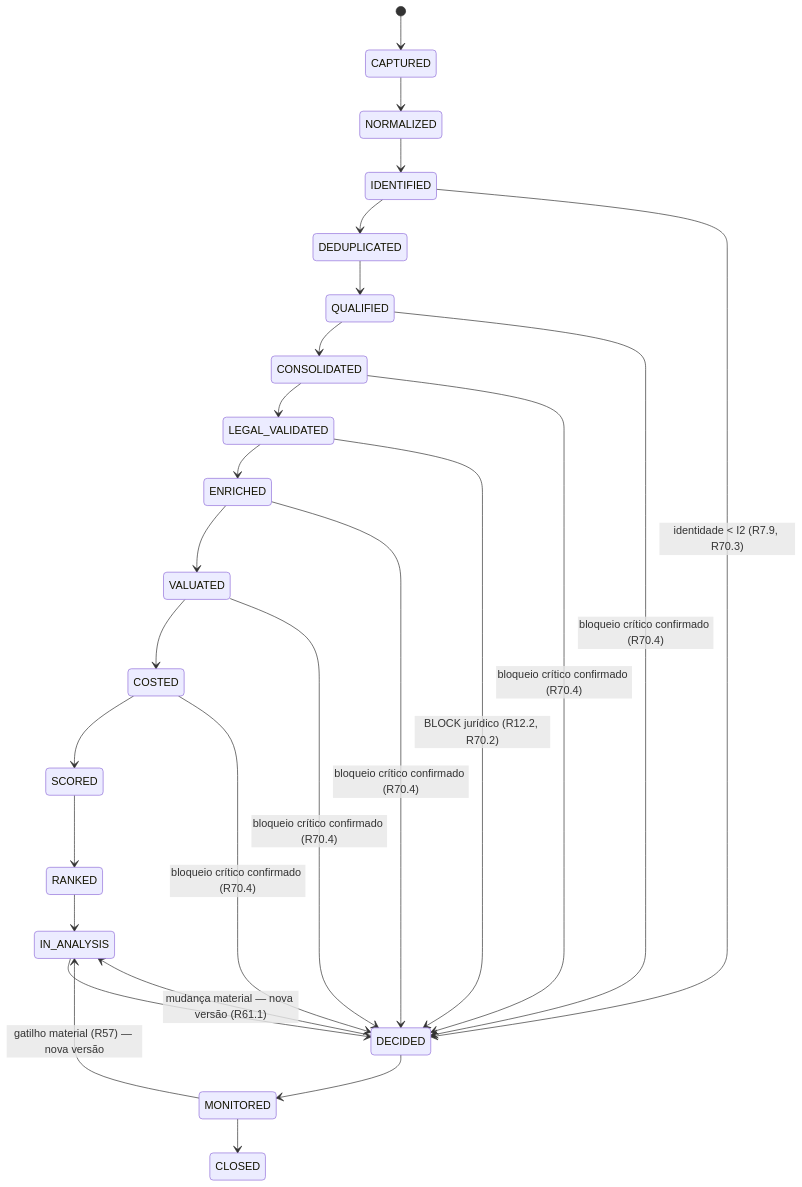
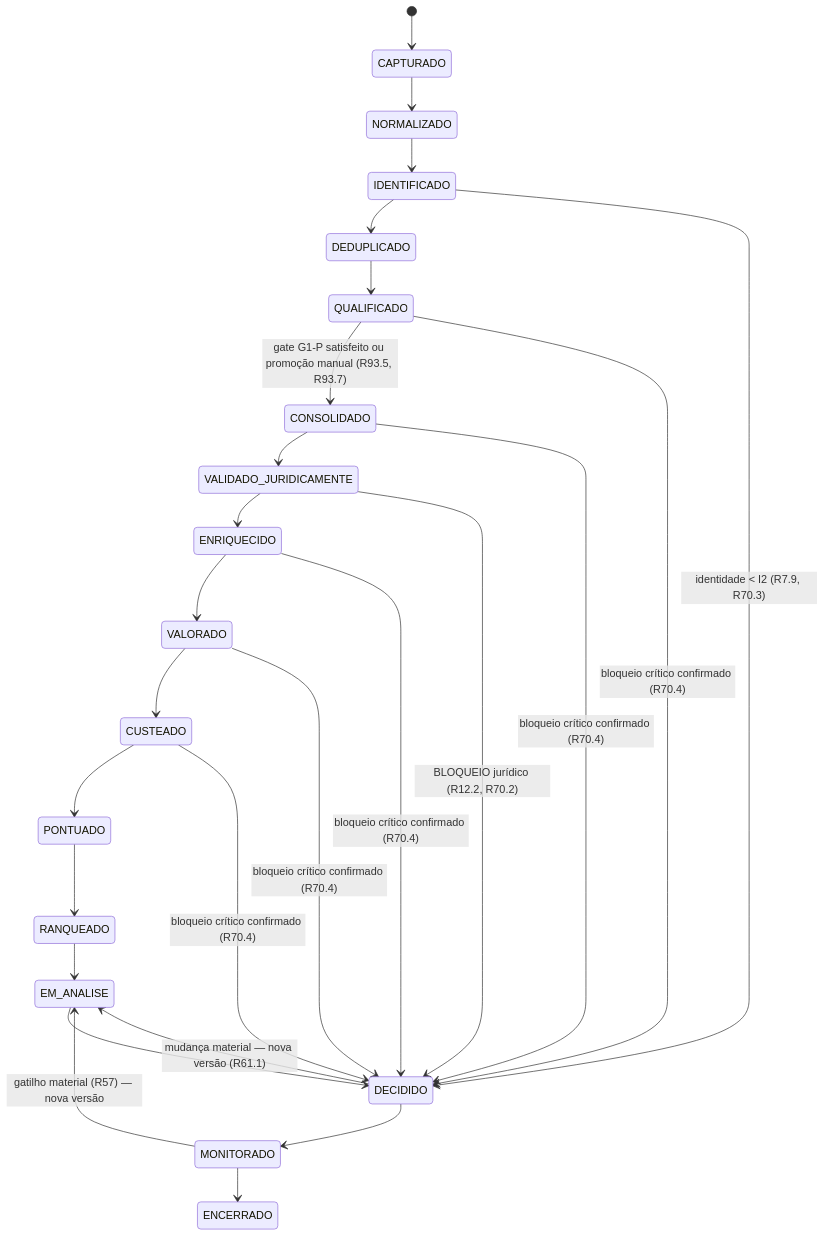
The third of 5 diagrams in .kiro/specs/radar-imobiliario-especificacao-completa/design.md (jabesfelipe/kiro-leilao), drawn with Mermaid before and after one commit. The commit also changed other lines of this file and 2 other files, not shown here.

````diff
--- a/.kiro/specs/radar-imobiliario-especificacao-completa/design.md
+++ b/.kiro/specs/radar-imobiliario-especificacao-completa/design.md
@@ -238,29 +490,29 @@
 ```mermaid
 stateDiagram-v2
-    [*] --> CAPTURED
-    CAPTURED --> NORMALIZED
-    NORMALIZED --> IDENTIFIED
-    IDENTIFIED --> DEDUPLICATED
-    DEDUPLICATED --> QUALIFIED
-    QUALIFIED --> CONSOLIDATED
-    CONSOLIDATED --> LEGAL_VALIDATED
-    LEGAL_VALIDATED --> ENRICHED
-    ENRICHED --> VALUATED
-    VALUATED --> COSTED
-    COSTED --> SCORED
-    SCORED --> RANKED
-    RANKED --> IN_ANALYSIS
-    IN_ANALYSIS --> DECIDED
-    DECIDED --> MONITORED
-    MONITORED --> CLOSED
+    [*] --> CAPTURADO
+    CAPTURADO --> NORMALIZADO
+    NORMALIZADO --> IDENTIFICADO
+    IDENTIFICADO --> DEDUPLICADO
+    DEDUPLICADO --> QUALIFICADO
+    QUALIFICADO --> CONSOLIDADO : gate G1-P satisfeito ou promoção manual (R93.5, R93.7)
+    CONSOLIDADO --> VALIDADO_JURIDICAMENTE
+    VALIDADO_JURIDICAMENTE --> ENRIQUECIDO
+    ENRIQUECIDO --> VALORADO
+    VALORADO --> CUSTEADO
+    CUSTEADO --> PONTUADO
+    PONTUADO --> RANQUEADO
+    RANQUEADO --> EM_ANALISE
+    EM_ANALISE --> DECIDIDO
+    DECIDIDO --> MONITORADO
+    MONITORADO --> ENCERRADO
 
-    IDENTIFIED --> DECIDED : identidade < I2 (R7.9, R70.3)
-    LEGAL_VALIDATED --> DECIDED : BLOCK jurídico (R12.2, R70.2)
-    QUALIFIED --> DECIDED : bloqueio crítico confirmado (R70.4)
-    CONSOLIDATED --> DECIDED : bloqueio crítico confirmado (R70.4)
-    ENRICHED --> DECIDED : bloqueio crítico confirmado (R70.4)
-    VALUATED --> DECIDED : bloqueio crítico confirmado (R70.4)
-    COSTED --> DECIDED : bloqueio crítico confirmado (R70.4)
-    MONITORED --> IN_ANALYSIS : gatilho material (R57) — nova versão
-    DECIDED --> IN_ANALYSIS : mudança material — nova versão (R61.1)
+    IDENTIFICADO --> DECIDIDO : identidade < I2 (R7.9, R70.3)
+    VALIDADO_JURIDICAMENTE --> DECIDIDO : BLOQUEIO jurídico (R12.2, R70.2)
+    QUALIFICADO --> DECIDIDO : bloqueio crítico confirmado (R70.4)
+    CONSOLIDADO --> DECIDIDO : bloqueio crítico confirmado (R70.4)
+    ENRIQUECIDO --> DECIDIDO : bloqueio crítico confirmado (R70.4)
+    VALORADO --> DECIDIDO : bloqueio crítico confirmado (R70.4)
+    CUSTEADO --> DECIDIDO : bloqueio crítico confirmado (R70.4)
+    MONITORADO --> EM_ANALISE : gatilho material (R57) — nova versão
+    DECIDIDO --> EM_ANALISE : mudança material — nova versão (R61.1)
 ```
````
